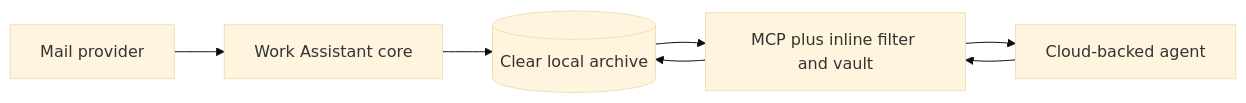
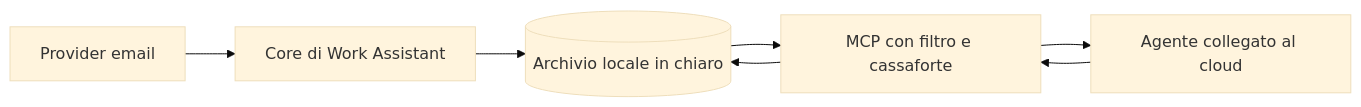
One commit to Wulfgardr/work-assistant changed the diagram in docs/security/pseudonymization/diagrams/agent-privacy-boundary-inline-filter-after.mmd. Above: the diagram before and after it, drawn with Mermaid (base theme). The commit also changed 38 other files, not shown here.

First line of the commit message:
feat: prepara Work Assistant per la pubblicazione

```diff
--- a/docs/security/pseudonymization/diagrams/agent-privacy-boundary-inline-filter-after.mmd
+++ b/docs/security/pseudonymization/diagrams/agent-privacy-boundary-inline-filter-after.mmd
@@ -1,7 +1,7 @@
 flowchart LR
-  Provider[Mail provider] --> Core[Work Assistant core]
-  Core --> Archive[(Clear local archive)]
-  Archive --> MCP[MCP plus inline filter and vault]
-  MCP --> Agent[Cloud-backed agent]
-  Agent --> MCP
-  MCP --> Archive
+  Provider[Provider email] --> Core[Core di Work Assistant]
+  Core --> Archivio[(Archivio locale in chiaro)]
+  Archivio --> MCP[MCP con filtro e cassaforte]
+  MCP --> Agente[Agente collegato al cloud]
+  Agente --> MCP
+  MCP --> Archivio
```
